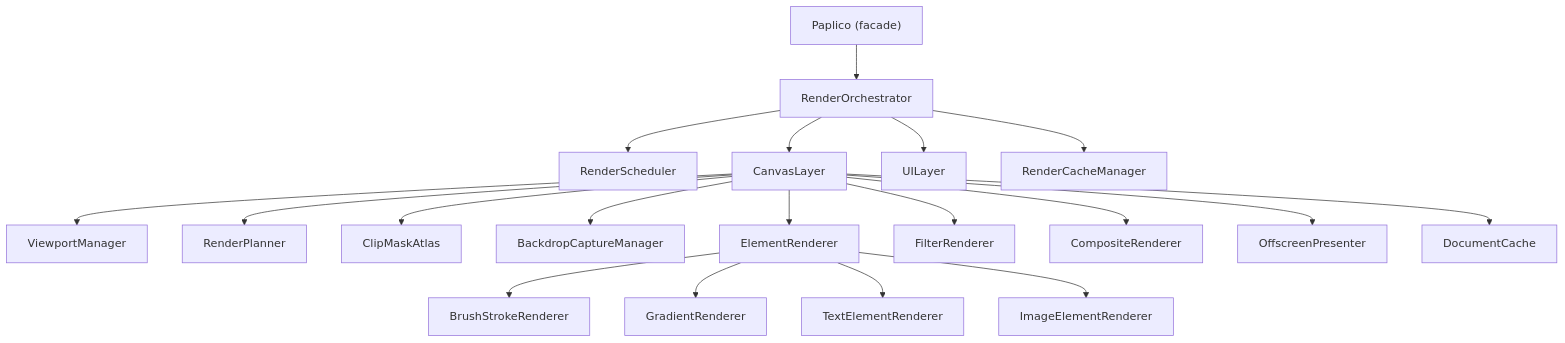
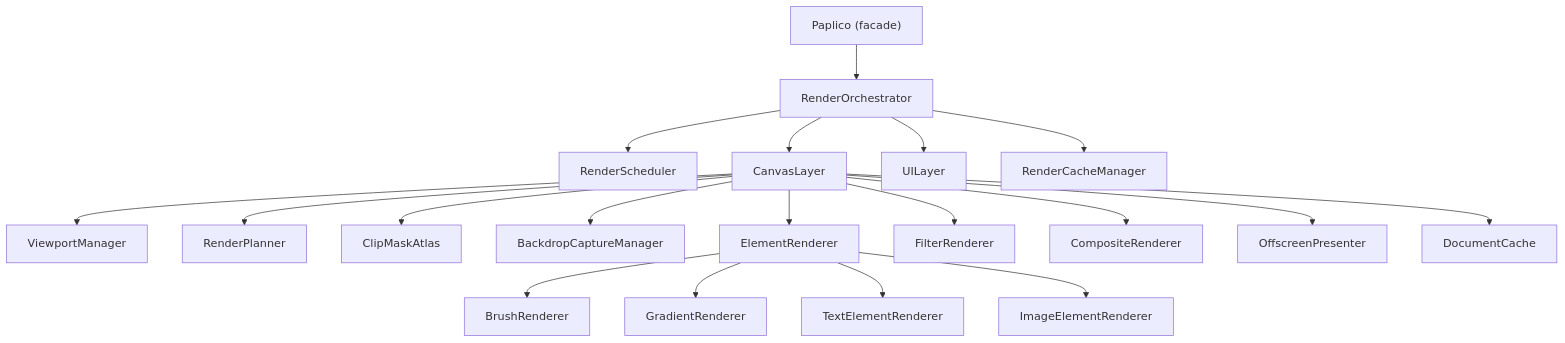
Before and after one commit to hanakla/paplico: the first of 2 diagrams in pkgs/web/src/app/devdocs/renderer/page.mdx, drawn with Mermaid. The commit also changed other lines of this file and 57 other files, not shown here.

````diff
--- a/pkgs/web/src/app/devdocs/renderer/page.mdx
+++ b/pkgs/web/src/app/devdocs/renderer/page.mdx
@@ -233,21 +233,21 @@
 ```mermaid
 graph TD
     P["Paplico (facade)"] --> RO[RenderOrchestrator]
     RO --> RS[RenderScheduler]
     RO --> CL[CanvasLayer]
     RO --> UI[UILayer]
     RO --> RCM[RenderCacheManager]
     CL --> VM[ViewportManager]
     CL --> RP[RenderPlanner]
     CL --> CMA[ClipMaskAtlas]
     CL --> BCM[BackdropCaptureManager]
     CL --> ER[ElementRenderer]
     CL --> FR[FilterRenderer]
     CL --> CR[CompositeRenderer]
     CL --> OP[OffscreenPresenter]
     CL --> DC[DocumentCache]
-    ER --> BSR[BrushStrokeRenderer]
+    ER --> BR[BrushRenderer]
     ER --> GR[GradientRenderer]
     ER --> TER[TextElementRenderer]
     ER --> IER[ImageElementRenderer]
 ```
````
